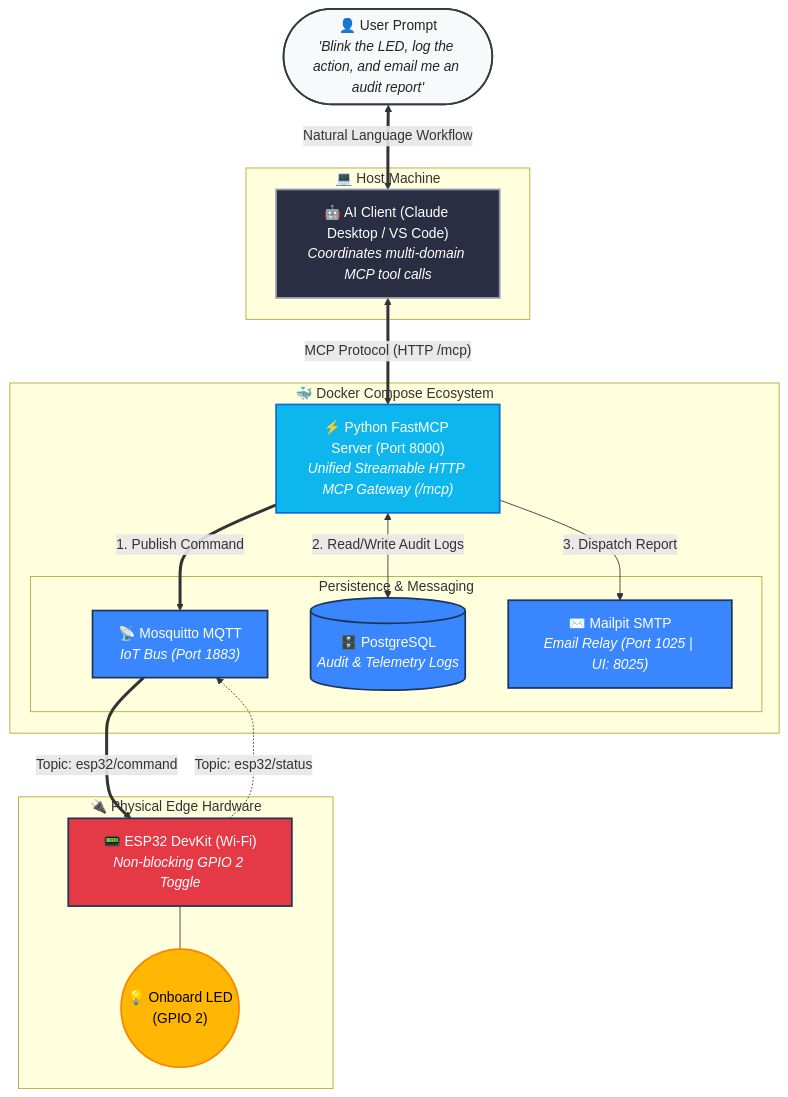
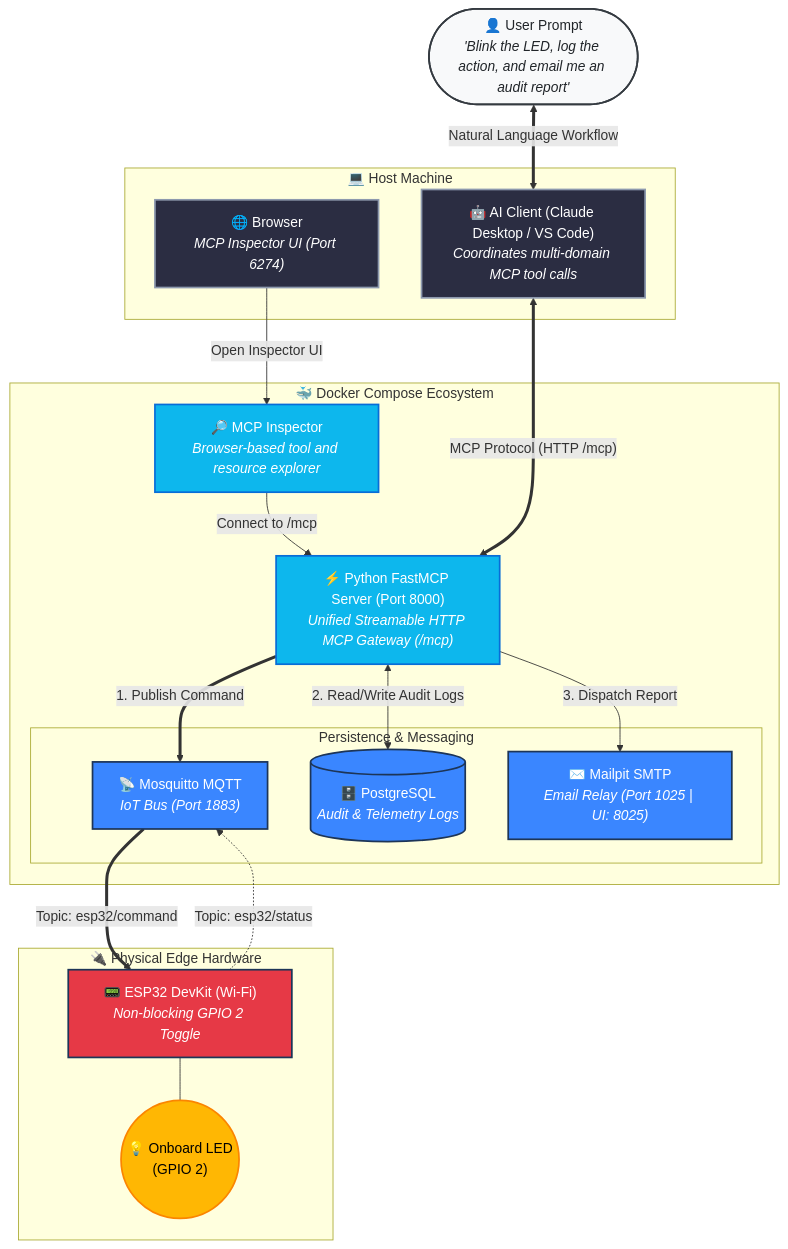
The diagram in README.md (GolasalaPuneeth/esp32-mcp-ai-orchestrator), drawn with Mermaid before and after one commit. The commit also changed other lines of this file, not shown here.

Commit message:
Update README for Docker-based MCP Inspector

````diff
--- a/README.md
+++ b/README.md
@@ -9,48 +9,52 @@
 ```mermaid
 flowchart TD
     User(["👤 User Prompt<br/><i>'Blink the LED, log the action, and email me an audit report'</i>"])
 
     subgraph Host["💻 Host Machine"]
         AI["🤖 AI Client (Claude Desktop / VS Code)<br/><i>Coordinates multi-domain MCP tool calls</i>"]
+        Browser["🌐 Browser<br/><i>MCP Inspector UI (Port 6274)</i>"]
     end
 
     subgraph Docker["🐳 Docker Compose Ecosystem"]
         MCP["⚡ Python FastMCP Server (Port 8000)<br/><i>Unified Streamable HTTP MCP Gateway (/mcp)</i>"]
-        
+        Inspector["🔎 MCP Inspector<br/><i>Browser-based tool and resource explorer</i>"]
+
         subgraph DataLayer["Persistence & Messaging"]
             MQTT["📡 Mosquitto MQTT<br/><i>IoT Bus (Port 1883)</i>"]
-            DB[(🗄️ PostgreSQL<br/><i>Audit & Telemetry Logs</i>)]
+            DB[("🗄️ PostgreSQL<br/><i>Audit & Telemetry Logs</i>")]
             SMTP["✉️ Mailpit SMTP<br/><i>Email Relay (Port 1025 | UI: 8025)</i>"]
         end
-        
+
         MCP ==>|"1. Publish Command"| MQTT
         MCP <-->|"2. Read/Write Audit Logs"| DB
         MCP -->|"3. Dispatch Report"| SMTP
+        Inspector -->|"Connect to /mcp"| MCP
     end
 
     subgraph Hardware["🔌 Physical Edge Hardware"]
         ESP["📟 ESP32 DevKit (Wi-Fi)<br/><i>Non-blocking GPIO 2 Toggle</i>"]
         LED(("💡 Onboard LED<br/>(GPIO 2)"))
-        
+
         ESP --- LED
     end
 
     User <==>|"Natural Language Workflow"| AI
     AI <==>|"MCP Protocol (HTTP /mcp)"| MCP
+    Browser -->|"Open Inspector UI"| Inspector
     MQTT ==>|"Topic: esp32/command"| ESP
     ESP -.->|"Topic: esp32/status"| MQTT
 
     classDef userStyle fill:#f8f9fa,stroke:#343a40,stroke-width:2px,color:#212529;
     classDef aiStyle fill:#2b2d42,stroke:#8d99ae,stroke-width:2px,color:#fff;
     classDef dockerStyle fill:#0db7ed,stroke:#086dd7,stroke-width:2px,color:#fff;
     classDef dbStyle fill:#3a86ff,stroke:#1d3557,stroke-width:2px,color:#fff;
     classDef hwStyle fill:#e63946,stroke:#1d3557,stroke-width:2px,color:#fff;
     classDef ledStyle fill:#ffb703,stroke:#fb8500,stroke-width:2px,color:#000;
 
     class User userStyle;
-    class AI aiStyle;
-    class MCP dockerStyle;
+    class AI,Browser aiStyle;
+    class MCP,Inspector dockerStyle;
     class MQTT,DB,SMTP dbStyle;
     class ESP hwStyle;
     class LED ledStyle;
 ```
````
